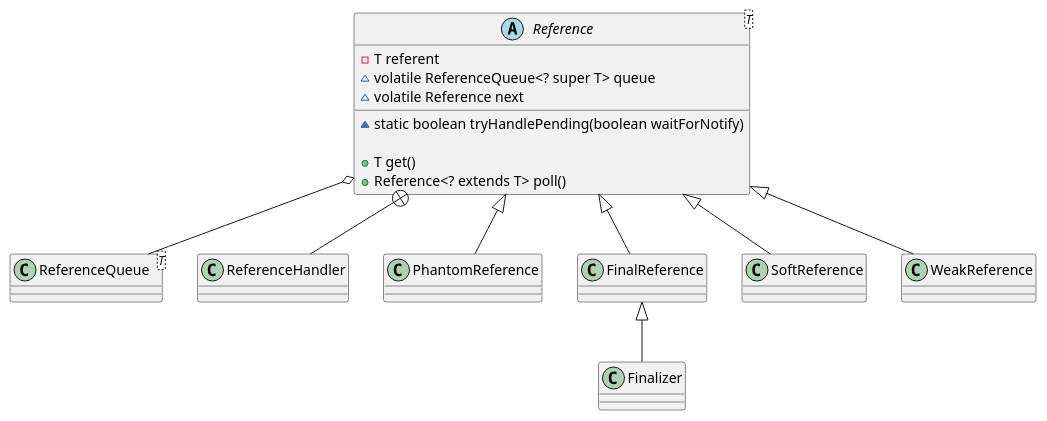
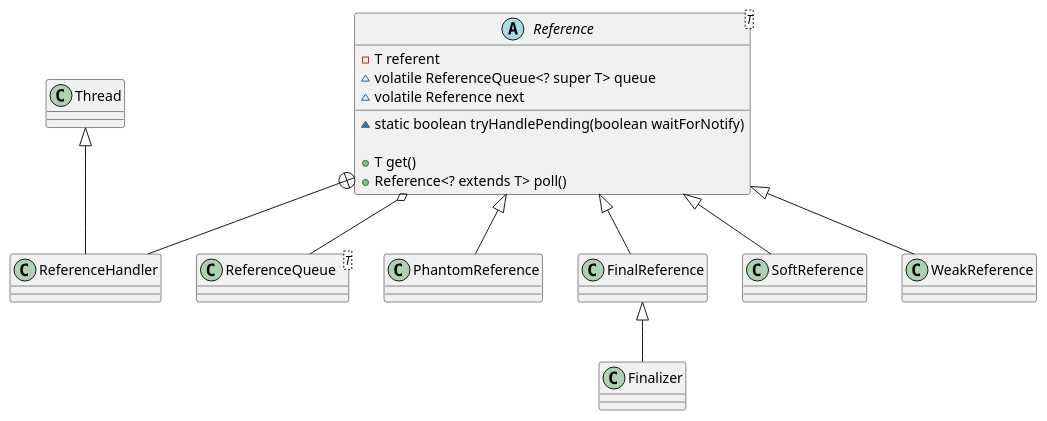
Before and after one commit to onlyonion/development: the diagram in docs/10-java/src/rt.jar.src/java/lang/ref/Reference.md, drawn with PlantUML. The commit also changed other lines of this file and 63 other files, not shown here.

````diff
--- a/docs/10-java/src/rt.jar.src/java/lang/ref/Reference.md
+++ b/docs/10-java/src/rt.jar.src/java/lang/ref/Reference.md
@@ -14,35 +18,36 @@
 ```plantuml
 @startuml
 
 abstract class Reference<T> {
     - T referent
     ~ volatile ReferenceQueue<? super T> queue
     ~ volatile Reference next
     ~ static boolean tryHandlePending(boolean waitForNotify)
     
     + T get()
     + Reference<? extends T> poll()
 }
 
 class ReferenceQueue<T> {
 
 }
 
 Reference o-- ReferenceQueue
 Reference +-- ReferenceHandler
+Thread ^-- ReferenceHandler
 
 
 class PhantomReference
 class FinalReference
 class Finalizer
 class SoftReference
 class WeakReference
 
 Reference <|-- PhantomReference
 Reference <|-- FinalReference
 FinalReference <|-- Finalizer
 Reference <|-- SoftReference
 Reference <|-- WeakReference
 
 @enduml
 ```
````
